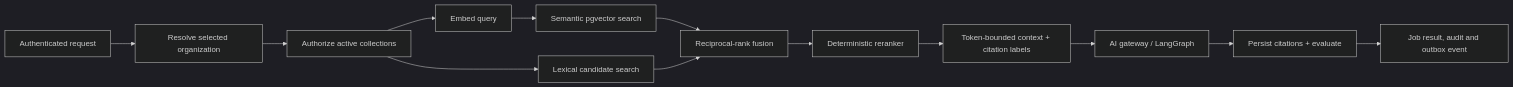
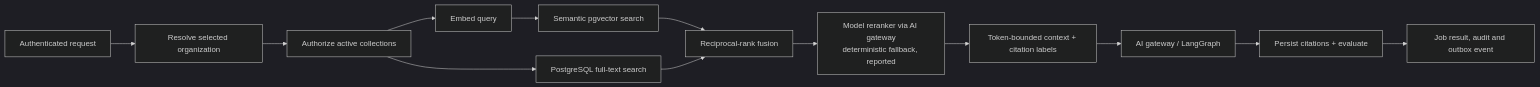
Before and after one commit to Joshua-Tihabwangye/JT-Code-AI-Backend: the diagram in docs/AGENTIC_RAG_DESIGN.md, drawn with Mermaid (dark theme). The commit also changed other lines of this file and 74 other files, not shown here.

````diff
--- a/docs/AGENTIC_RAG_DESIGN.md
+++ b/docs/AGENTIC_RAG_DESIGN.md
@@ -21,15 +21,15 @@
 ```mermaid
 flowchart LR
     A[Authenticated request] --> B[Resolve selected organization]
     B --> C[Authorize active collections]
     C --> D[Embed query]
     D --> E[Semantic pgvector search]
-    C --> F[Lexical candidate search]
+    C --> F[PostgreSQL full-text search]
     E --> G[Reciprocal-rank fusion]
     F --> G
-    G --> H[Deterministic reranker]
+    G --> H[Model reranker via AI gateway<br/>deterministic fallback, reported]
     H --> I[Token-bounded context + citation labels]
     I --> J[AI gateway / LangGraph]
     J --> K[Persist citations + evaluate]
     K --> L[Job result, audit and outbox event]
 ```
````
